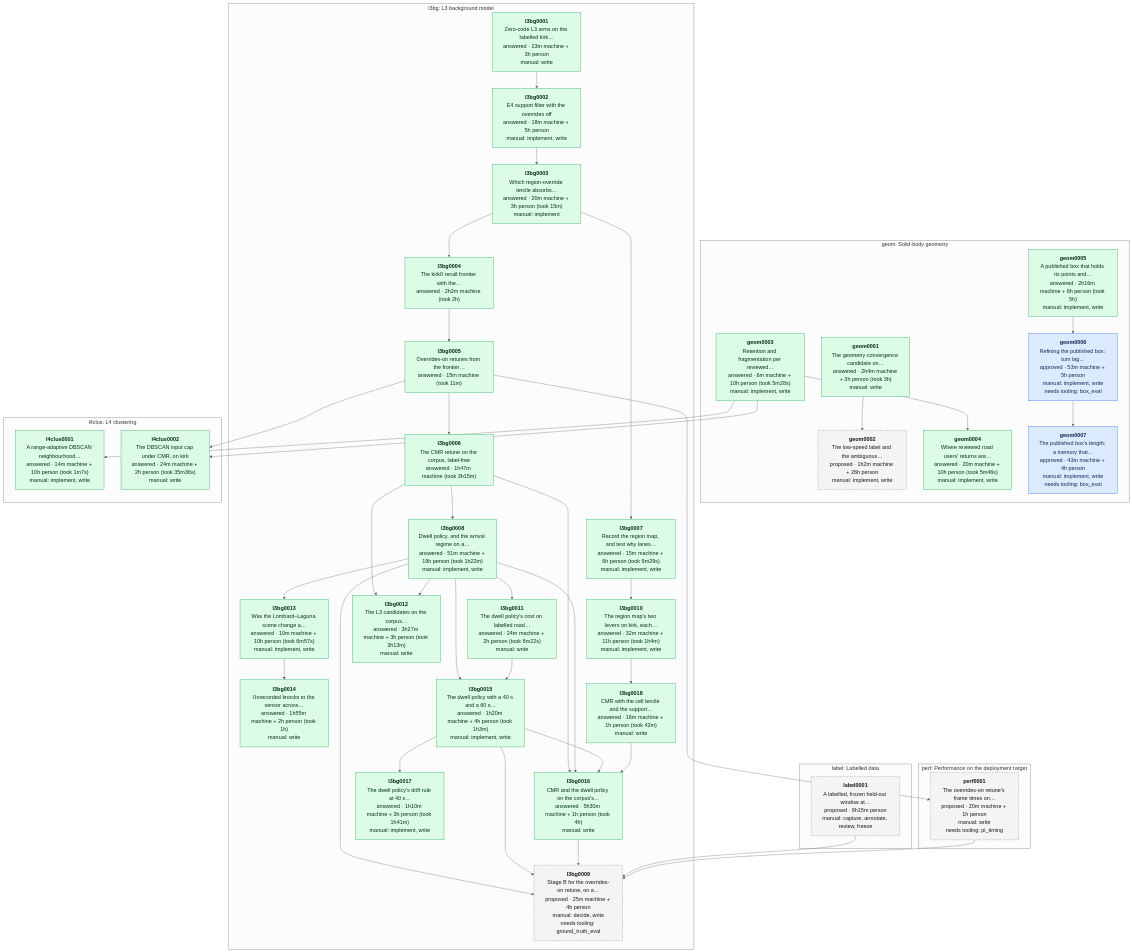
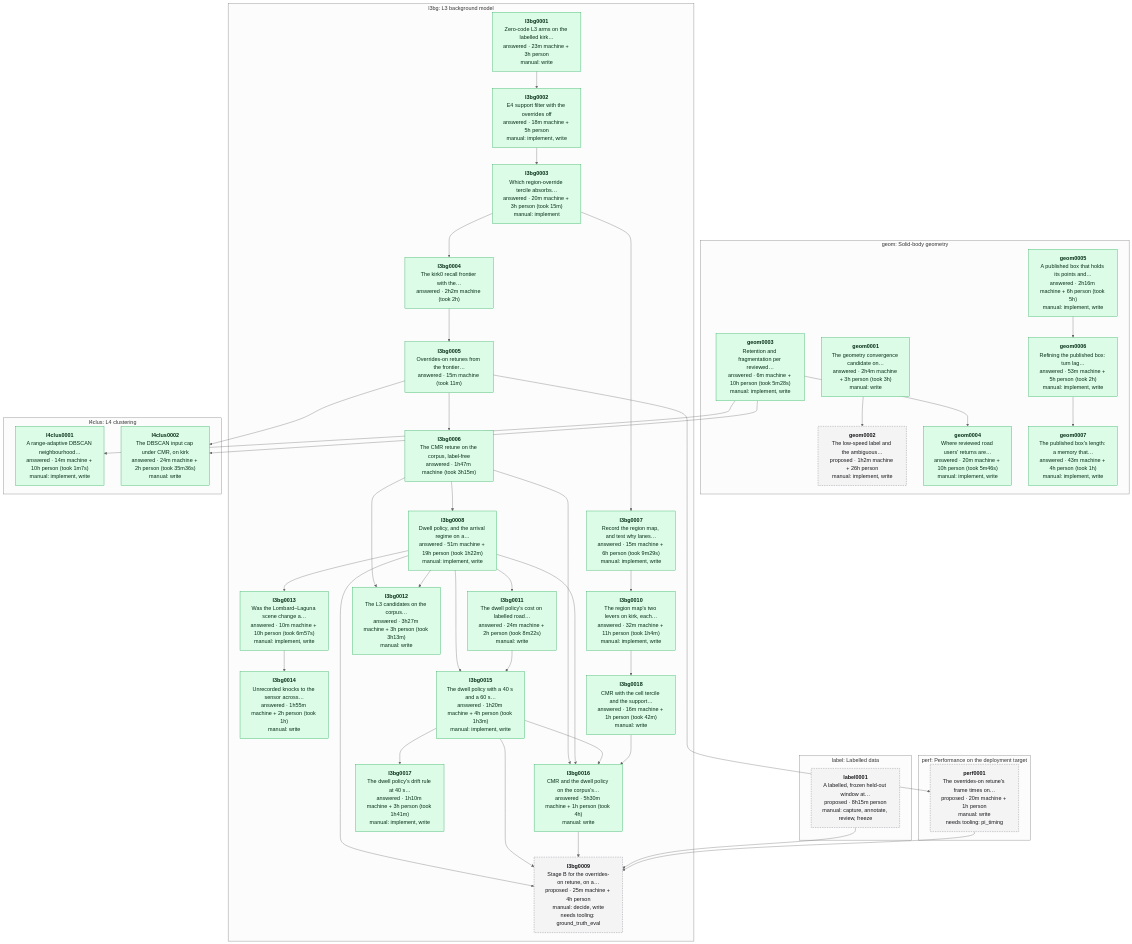
The diagram in data/experiments/DEPENDENCIES.md (banshee-data/velocity.report), drawn with Mermaid (neutral theme) before and after one commit. The commit also changed other lines of this file and 6 other files, not shown here.

First line of the commit message:
[ai][docs] Published box refinement report: geom0006 and geom0007 answered, the box model by default

````diff
--- a/data/experiments/DEPENDENCIES.md
+++ b/data/experiments/DEPENDENCIES.md
@@ -7,80 +7,80 @@
 ```mermaid
 flowchart TB
   classDef proposed fill:#f4f4f5,stroke:#71717a,stroke-dasharray:4 3,color:#18181b
   classDef approved fill:#dbeafe,stroke:#2563eb,color:#172554
   classDef answered fill:#dcfce7,stroke:#16a34a,color:#052e16
   classDef retired fill:#fafafa,stroke:#d4d4d8,color:#71717a
   subgraph area_geom ["geom: Solid-body geometry"]
     geom0001["<b>geom0001</b><br/>The geometry convergence candidate on…<br/>answered · 2h4m machine + 3h person (took 3h)<br/>manual: write"]:::answered
     geom0002["<b>geom0002</b><br/>The low-speed label and the ambiguous…<br/>proposed · 1h2m machine + 26h person<br/>manual: implement, write"]:::proposed
     geom0003["<b>geom0003</b><br/>Retention and fragmentation per reviewed…<br/>answered · 6m machine + 10h person (took 5m28s)<br/>manual: implement, write"]:::answered
     geom0004["<b>geom0004</b><br/>Where reviewed road users' returns are…<br/>answered · 20m machine + 10h person (took 5m46s)<br/>manual: implement, write"]:::answered
     geom0005["<b>geom0005</b><br/>A published box that holds its points and…<br/>answered · 2h16m machine + 6h person (took 5h)<br/>manual: implement, write"]:::answered
-    geom0006["<b>geom0006</b><br/>Refining the published box: turn lag…<br/>approved · 53m machine + 5h person<br/>manual: implement, write<br/>needs tooling: box_eval"]:::approved
-    geom0007["<b>geom0007</b><br/>The published box's length: a memory that…<br/>approved · 43m machine + 4h person<br/>manual: implement, write<br/>needs tooling: box_eval"]:::approved
+    geom0006["<b>geom0006</b><br/>Refining the published box: turn lag…<br/>answered · 53m machine + 5h person (took 2h)<br/>manual: implement, write"]:::answered
+    geom0007["<b>geom0007</b><br/>The published box's length: a memory that…<br/>answered · 43m machine + 4h person (took 1h)<br/>manual: implement, write"]:::answered
   end
   subgraph area_l3bg ["l3bg: L3 background model"]
     l3bg0001["<b>l3bg0001</b><br/>Zero-code L3 arms on the labelled kirk…<br/>answered · 23m machine + 3h person<br/>manual: write"]:::answered
     l3bg0002["<b>l3bg0002</b><br/>E4 support filter with the overrides off<br/>answered · 18m machine + 5h person<br/>manual: implement, write"]:::answered
     l3bg0003["<b>l3bg0003</b><br/>Which region-override tercile absorbs…<br/>answered · 20m machine + 3h person (took 15m)<br/>manual: implement"]:::answered
     l3bg0004["<b>l3bg0004</b><br/>The kirk0 recall frontier with the…<br/>answered · 2h2m machine (took 2h)"]:::answered
     l3bg0005["<b>l3bg0005</b><br/>Overrides-on retunes from the frontier…<br/>answered · 15m machine (took 11m)"]:::answered
     l3bg0006["<b>l3bg0006</b><br/>The CMR retune on the corpus, label-free<br/>answered · 1h47m machine (took 3h15m)"]:::answered
     l3bg0007["<b>l3bg0007</b><br/>Record the region map, and test why lanes…<br/>answered · 15m machine + 6h person (took 9m29s)<br/>manual: implement, write"]:::answered
     l3bg0008["<b>l3bg0008</b><br/>Dwell policy, and the arrival regime on a…<br/>answered · 51m machine + 19h person (took 1h22m)<br/>manual: implement, write"]:::answered
     l3bg0009["<b>l3bg0009</b><br/>Stage B for the overrides-on retune, on a…<br/>proposed · 25m machine + 4h person<br/>manual: decide, write<br/>needs tooling: ground_truth_eval"]:::proposed
     l3bg0010["<b>l3bg0010</b><br/>The region map's two levers on kirk, each…<br/>answered · 32m machine + 11h person (took 1h4m)<br/>manual: implement, write"]:::answered
     l3bg0011["<b>l3bg0011</b><br/>The dwell policy's cost on labelled road…<br/>answered · 24m machine + 2h person (took 8m22s)<br/>manual: write"]:::answered
     l3bg0012["<b>l3bg0012</b><br/>The L3 candidates on the corpus…<br/>answered · 3h27m machine + 3h person (took 3h13m)<br/>manual: write"]:::answered
     l3bg0013["<b>l3bg0013</b><br/>Was the Lombard–Laguna scene change a…<br/>answered · 10m machine + 10h person (took 6m57s)<br/>manual: implement, write"]:::answered
     l3bg0014["<b>l3bg0014</b><br/>Unrecorded knocks to the sensor across…<br/>answered · 1h55m machine + 2h person (took 1h)<br/>manual: write"]:::answered
     l3bg0015["<b>l3bg0015</b><br/>The dwell policy with a 40 s and a 60 s…<br/>answered · 1h20m machine + 4h person (took 1h3m)<br/>manual: implement, write"]:::answered
     l3bg0016["<b>l3bg0016</b><br/>CMR and the dwell policy on the corpus's…<br/>answered · 5h30m machine + 1h person (took 4h)<br/>manual: write"]:::answered
     l3bg0017["<b>l3bg0017</b><br/>The dwell policy's drift rule at 40 s…<br/>answered · 1h10m machine + 3h person (took 1h41m)<br/>manual: implement, write"]:::answered
     l3bg0018["<b>l3bg0018</b><br/>CMR with the cell tercile and the support…<br/>answered · 16m machine + 1h person (took 42m)<br/>manual: write"]:::answered
   end
   subgraph area_l4clus ["l4clus: L4 clustering"]
     l4clus0001["<b>l4clus0001</b><br/>A range-adaptive DBSCAN neighbourhood…<br/>answered · 14m machine + 10h person (took 1m7s)<br/>manual: implement, write"]:::answered
     l4clus0002["<b>l4clus0002</b><br/>The DBSCAN input cap under CMR, on kirk<br/>answered · 24m machine + 2h person (took 35m36s)<br/>manual: write"]:::answered
   end
   subgraph area_label ["label: Labelled data"]
     label0001["<b>label0001</b><br/>A labelled, frozen held-out window at…<br/>proposed · 8h15m person<br/>manual: capture, annotate, review, freeze"]:::proposed
   end
   subgraph area_perf ["perf: Performance on the deployment target"]
     perf0001["<b>perf0001</b><br/>The overrides-on retune's frame times on…<br/>proposed · 20m machine + 1h person<br/>manual: write<br/>needs tooling: pi_timing"]:::proposed
   end
   geom0001 --> geom0002
   geom0003 --> geom0004
   geom0005 --> geom0006
   geom0006 --> geom0007
   l3bg0001 --> l3bg0002
   l3bg0002 --> l3bg0003
   l3bg0003 --> l3bg0004
   l3bg0004 --> l3bg0005
   l3bg0005 --> l3bg0006
   l3bg0003 --> l3bg0007
   l3bg0006 --> l3bg0008
   l3bg0008 --> l3bg0009
   l3bg0015 --> l3bg0009
   l3bg0016 --> l3bg0009
   label0001 --> l3bg0009
   perf0001 --> l3bg0009
   l3bg0007 --> l3bg0010
   l3bg0008 --> l3bg0011
   l3bg0006 --> l3bg0012
   l3bg0008 --> l3bg0012
   l3bg0008 --> l3bg0013
   l3bg0013 --> l3bg0014
   l3bg0008 --> l3bg0015
   l3bg0011 --> l3bg0015
   l3bg0006 --> l3bg0016
   l3bg0008 --> l3bg0016
   l3bg0015 --> l3bg0016
   l3bg0018 --> l3bg0016
   l3bg0015 --> l3bg0017
   l3bg0010 --> l3bg0018
   geom0003 --> l4clus0001
   geom0003 --> l4clus0002
   l3bg0005 --> l4clus0002
   l3bg0005 --> perf0001
 ```
````
